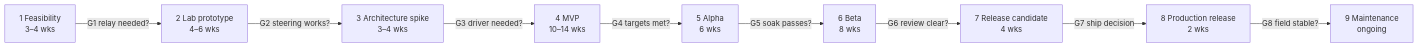
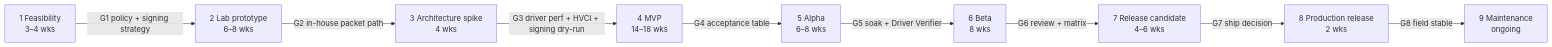
One commit to eTarikhi/BalanciFy changed the second of 2 diagrams in docs/technical-blueprint.md. Above: the diagram before and after it, drawn with Mermaid. The commit also changed other lines of this file, not shown here.

First line of the commit message:
Blueprint rev 2: fully self-contained product + roadmap rewrite

````diff
--- a/docs/technical-blueprint.md
+++ b/docs/technical-blueprint.md
@@ -524,11 +543,11 @@
 ```mermaid
 flowchart LR
-  P1["1 Feasibility\n3–4 wks"] -->|G1 relay needed?| P2["2 Lab prototype\n4–6 wks"]
-  P2 -->|G2 steering works?| P3["3 Architecture spike\n3–4 wks"]
-  P3 -->|G3 driver needed?| P4["4 MVP\n10–14 wks"]
-  P4 -->|G4 targets met?| P5["5 Alpha\n6 wks"]
-  P5 -->|G5 soak passes?| P6["6 Beta\n8 wks"]
-  P6 -->|G6 review clear?| P7["7 Release candidate\n4 wks"]
-  P7 -->|G7 ship decision| P8["8 Production release\n2 wks"]
-  P8 -->|G8 field stable?| P9["9 Maintenance\nongoing"]
+  P1["1 Feasibility\n3–4 wks"] -->|"G1 policy + signing strategy"| P2["2 Lab prototype\n6–8 wks"]
+  P2 -->|"G2 in-house packet path"| P3["3 Architecture spike\n4 wks"]
+  P3 -->|"G3 driver perf + HVCI + signing dry-run"| P4["4 MVP\n14–18 wks"]
+  P4 -->|"G4 acceptance table"| P5["5 Alpha\n6–8 wks"]
+  P5 -->|"G5 soak + Driver Verifier"| P6["6 Beta\n8 wks"]
+  P6 -->|"G6 review + matrix"| P7["7 Release candidate\n4–6 wks"]
+  P7 -->|"G7 ship decision"| P8["8 Production release\n2 wks"]
+  P8 -->|"G8 field stable"| P9["9 Maintenance\nongoing"]
 ```
````
